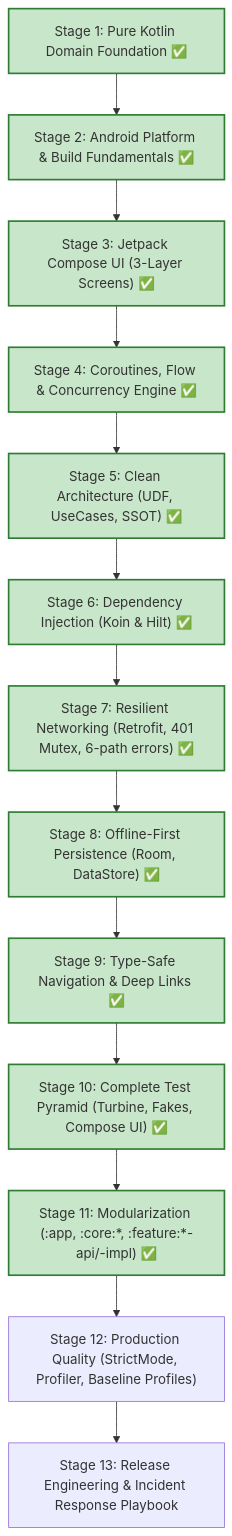
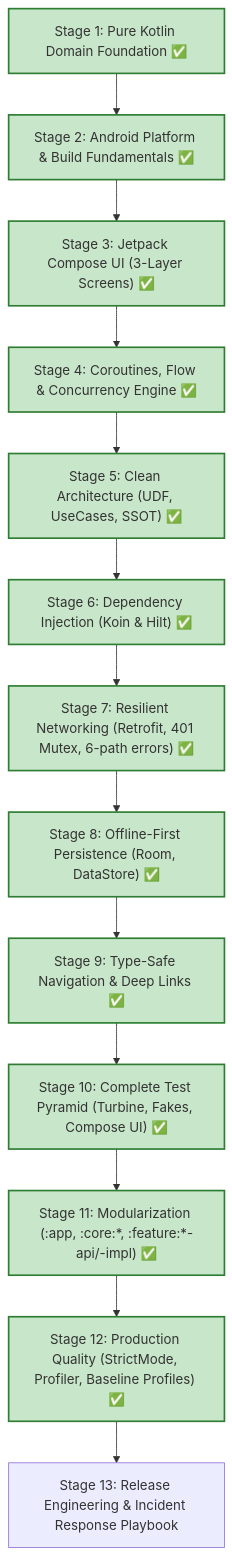
One commit to rohitlavate97/android-development changed the diagram in enterprise-finance-tracker-real-time-app/README.md. Above: the diagram before and after it, drawn with Mermaid. The commit also changed other lines of this file and 12 other files, not shown here.

Commit message:
feat(stage-12): Implement production performance optimizations with StrictMode, Baseline Profiles, Compose Stability metrics, and startup TTFD measurement

````diff
--- a/enterprise-finance-tracker-real-time-app/README.md
+++ b/enterprise-finance-tracker-real-time-app/README.md
@@ -21,27 +21,28 @@
 ```mermaid
 graph TD
     S01["Stage 1: Pure Kotlin Domain Foundation ✅"] --> S02["Stage 2: Android Platform & Build Fundamentals ✅"]
     S02 --> S03["Stage 3: Jetpack Compose UI (3-Layer Screens) ✅"]
     S03 --> S04["Stage 4: Coroutines, Flow & Concurrency Engine ✅"]
     S04 --> S05["Stage 5: Clean Architecture (UDF, UseCases, SSOT) ✅"]
     S05 --> S06["Stage 6: Dependency Injection (Koin & Hilt) ✅"]
     S06 --> S07["Stage 7: Resilient Networking (Retrofit, 401 Mutex, 6-path errors) ✅"]
     S07 --> S08["Stage 8: Offline-First Persistence (Room, DataStore) ✅"]
     S08 --> S09["Stage 9: Type-Safe Navigation & Deep Links ✅"]
     S09 --> S10["Stage 10: Complete Test Pyramid (Turbine, Fakes, Compose UI) ✅"]
     S10 --> S11["Stage 11: Modularization (:app, :core:*, :feature:*-api/-impl) ✅"]
-    S11 --> S12["Stage 12: Production Quality (StrictMode, Profiler, Baseline Profiles)"]
+    S11 --> S12["Stage 12: Production Quality (StrictMode, Profiler, Baseline Profiles) ✅"]
     S12 --> S13["Stage 13: Release Engineering & Incident Response Playbook"]
 
     style S01 fill:#c8e6c9,stroke:#2e7d32,stroke-width:2px
     style S02 fill:#c8e6c9,stroke:#2e7d32,stroke-width:2px
     style S03 fill:#c8e6c9,stroke:#2e7d32,stroke-width:2px
     style S04 fill:#c8e6c9,stroke:#2e7d32,stroke-width:2px
     style S05 fill:#c8e6c9,stroke:#2e7d32,stroke-width:2px
     style S06 fill:#c8e6c9,stroke:#2e7d32,stroke-width:2px
     style S07 fill:#c8e6c9,stroke:#2e7d32,stroke-width:2px
     style S08 fill:#c8e6c9,stroke:#2e7d32,stroke-width:2px
     style S09 fill:#c8e6c9,stroke:#2e7d32,stroke-width:2px
     style S10 fill:#c8e6c9,stroke:#2e7d32,stroke-width:2px
     style S11 fill:#c8e6c9,stroke:#2e7d32,stroke-width:2px
+    style S12 fill:#c8e6c9,stroke:#2e7d32,stroke-width:2px
 ```
````
